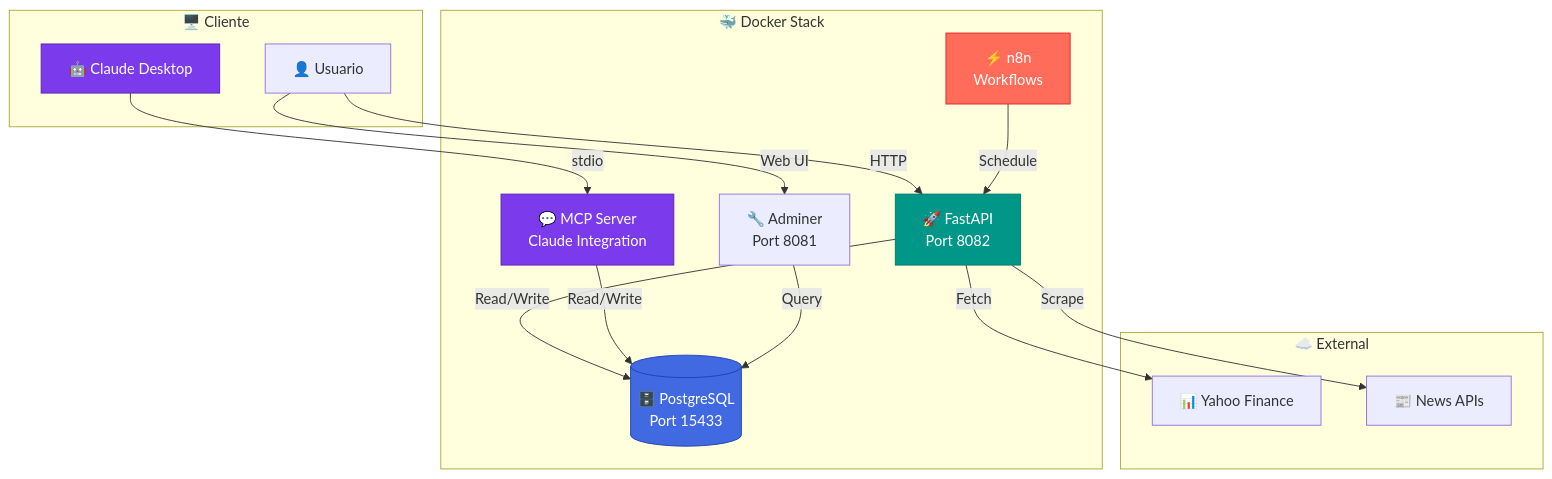
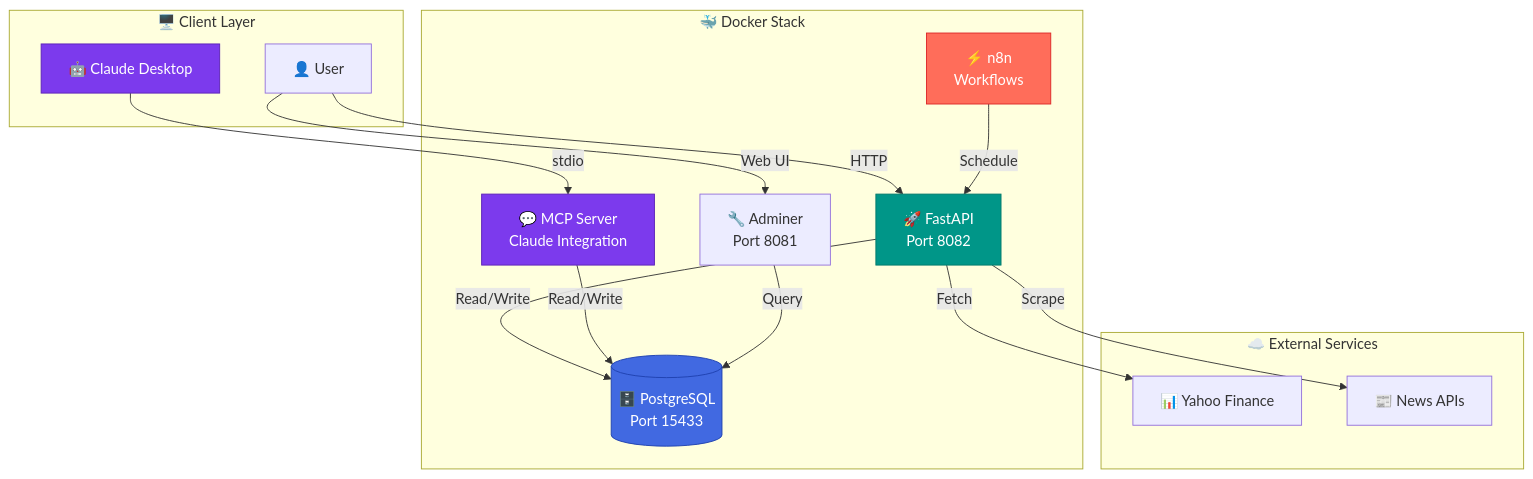
One commit to gortif00/stock-ml-prediction-platform changed the first of 3 diagrams in README.md. Above: the diagram before and after it, drawn with Mermaid. The commit also changed other lines of this file and 2 other files, not shown here.

````diff
--- a/README.md
+++ b/README.md
@@ -63,36 +63,36 @@
 ```mermaid
 graph TB
-    subgraph "🖥️ Cliente"
-        USER[👤 Usuario]
+    subgraph "🖥️ Client Layer"
+        USER[👤 User]
         CLAUDE[🤖 Claude Desktop]
     end
     
     subgraph "🐳 Docker Stack"
         N8N[⚡ n8n<br/>Workflows]
         API[🚀 FastAPI<br/>Port 8082]
         MCP[💬 MCP Server<br/>Claude Integration]
         DB[(🗄️ PostgreSQL<br/>Port 15433)]
         ADM[🔧 Adminer<br/>Port 8081]
     end
     
-    subgraph "☁️ External"
+    subgraph "☁️ External Services"
         YF[📊 Yahoo Finance]
         NEWS[📰 News APIs]
     end
     
     USER -->|HTTP| API
     USER -->|Web UI| ADM
     CLAUDE -->|stdio| MCP
     N8N -->|Schedule| API
     API -->|Read/Write| DB
     MCP -->|Read/Write| DB
     ADM -->|Query| DB
     API -->|Fetch| YF
     API -->|Scrape| NEWS
     
     style CLAUDE fill:#7C3AED,stroke:#5B21B6,color:#fff
     style MCP fill:#7C3AED,stroke:#5B21B6,color:#fff
     style API fill:#009688,stroke:#00796B,color:#fff
     style DB fill:#4169E1,stroke:#1E40AF,color:#fff
     style N8N fill:#FF6D5A,stroke:#DC2626,color:#fff
 ```
````
